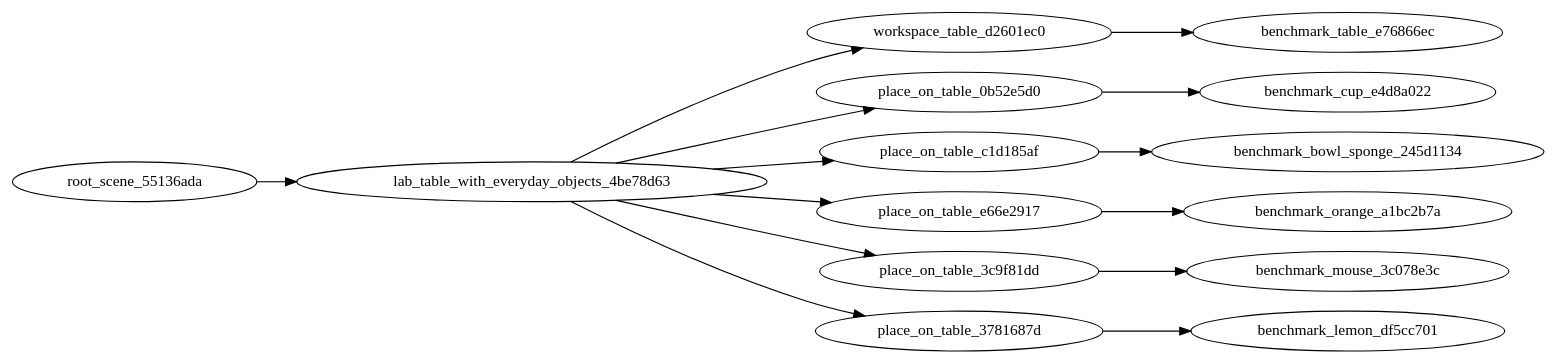
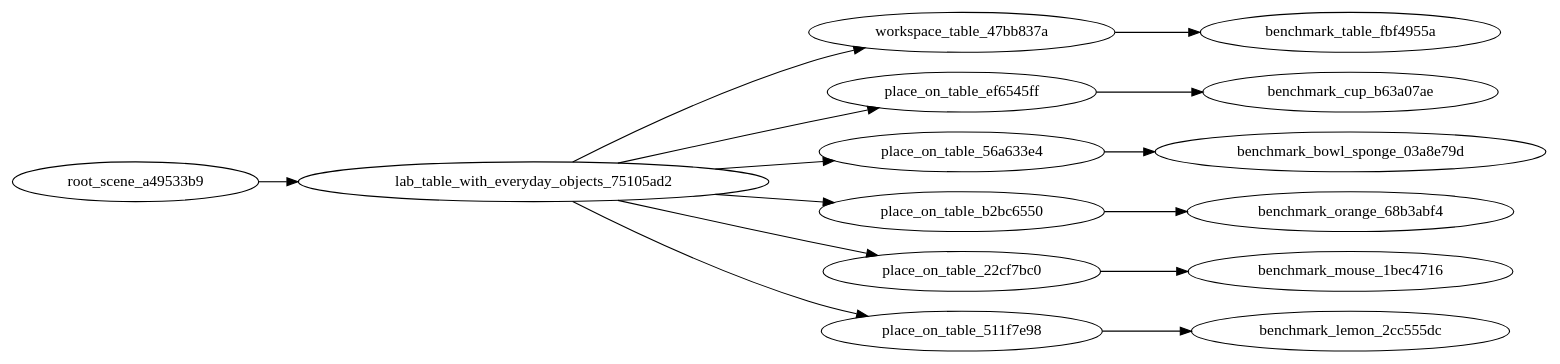
The diagram in sensors/autolearn/adapter/tasks/place_object_relative_position_lab/instances/0/graph.dot (cnboonhan/data-flywheel), drawn with Graphviz before and after one commit. The commit also changed 87 other files, not shown here.

```diff
--- a/sensors/autolearn/adapter/tasks/place_object_relative_position_lab/instances/0/graph.dot
+++ b/sensors/autolearn/adapter/tasks/place_object_relative_position_lab/instances/0/graph.dot
@@ -1,30 +1,30 @@
 strict digraph  {
 	graph [rankdir="LR"];
-	"root_scene_55136ada";
-	"lab_table_with_everyday_objects_4be78d63";
-	"workspace_table_d2601ec0";
-	"benchmark_table_e76866ec" [tags="['workspace_table', 'table', 'white', 'marble_top']"];
-	"place_on_table_0b52e5d0";
-	"benchmark_cup_e4d8a022" [tags="['paper cup', 'benchmark_cup_105', 'on_desk', 'right']"];
-	"place_on_table_c1d185af";
-	"benchmark_bowl_sponge_245d1134" [tags="['sponge', 'benchmark_bowl_sponge_000', 'on_desk', 'left']"];
-	"place_on_table_e66e2917";
-	"benchmark_orange_a1bc2b7a" [tags="['orange', 'benchmark_orange_004', 'on_desk', 'right']"];
-	"place_on_table_3c9f81dd";
-	"benchmark_mouse_3c078e3c" [tags="['computer mouse', 'benchmark_mouse_000', 'on_desk', 'right']"];
-	"place_on_table_3781687d";
-	"benchmark_lemon_df5cc701" [tags="['lemon', 'benchmark_lemon_030', 'on_desk', 'left']"];
-	"root_scene_55136ada" -> "lab_table_with_everyday_objects_4be78d63";
-	"lab_table_with_everyday_objects_4be78d63" -> "workspace_table_d2601ec0";
-	"lab_table_with_everyday_objects_4be78d63" -> "place_on_table_0b52e5d0";
-	"lab_table_with_everyday_objects_4be78d63" -> "place_on_table_c1d185af";
-	"lab_table_with_everyday_objects_4be78d63" -> "place_on_table_e66e2917";
-	"lab_table_with_everyday_objects_4be78d63" -> "place_on_table_3c9f81dd";
-	"lab_table_with_everyday_objects_4be78d63" -> "place_on_table_3781687d";
-	"workspace_table_d2601ec0" -> "benchmark_table_e76866ec";
-	"place_on_table_0b52e5d0" -> "benchmark_cup_e4d8a022";
-	"place_on_table_c1d185af" -> "benchmark_bowl_sponge_245d1134";
-	"place_on_table_e66e2917" -> "benchmark_orange_a1bc2b7a";
-	"place_on_table_3c9f81dd" -> "benchmark_mouse_3c078e3c";
-	"place_on_table_3781687d" -> "benchmark_lemon_df5cc701";
+	"root_scene_a49533b9";
+	"lab_table_with_everyday_objects_75105ad2";
+	"workspace_table_47bb837a";
+	"benchmark_table_fbf4955a" [tags="['workspace_table', 'table', 'white', 'marble_top']"];
+	"place_on_table_ef6545ff";
+	"benchmark_cup_b63a07ae" [tags="['paper cup', 'benchmark_cup_105', 'on_desk', 'right']"];
+	"place_on_table_56a633e4";
+	"benchmark_bowl_sponge_03a8e79d" [tags="['sponge', 'benchmark_bowl_sponge_000', 'on_desk', 'left']"];
+	"place_on_table_b2bc6550";
+	"benchmark_orange_68b3abf4" [tags="['orange', 'benchmark_orange_004', 'on_desk', 'right']"];
+	"place_on_table_22cf7bc0";
+	"benchmark_mouse_1bec4716" [tags="['computer mouse', 'benchmark_mouse_000', 'on_desk', 'right']"];
+	"place_on_table_511f7e98";
+	"benchmark_lemon_2cc555dc" [tags="['lemon', 'benchmark_lemon_030', 'on_desk', 'left']"];
+	"root_scene_a49533b9" -> "lab_table_with_everyday_objects_75105ad2";
+	"lab_table_with_everyday_objects_75105ad2" -> "workspace_table_47bb837a";
+	"lab_table_with_everyday_objects_75105ad2" -> "place_on_table_ef6545ff";
+	"lab_table_with_everyday_objects_75105ad2" -> "place_on_table_56a633e4";
+	"lab_table_with_everyday_objects_75105ad2" -> "place_on_table_b2bc6550";
+	"lab_table_with_everyday_objects_75105ad2" -> "place_on_table_22cf7bc0";
+	"lab_table_with_everyday_objects_75105ad2" -> "place_on_table_511f7e98";
+	"workspace_table_47bb837a" -> "benchmark_table_fbf4955a";
+	"place_on_table_ef6545ff" -> "benchmark_cup_b63a07ae";
+	"place_on_table_56a633e4" -> "benchmark_bowl_sponge_03a8e79d";
+	"place_on_table_b2bc6550" -> "benchmark_orange_68b3abf4";
+	"place_on_table_22cf7bc0" -> "benchmark_mouse_1bec4716";
+	"place_on_table_511f7e98" -> "benchmark_lemon_2cc555dc";
 }
```
